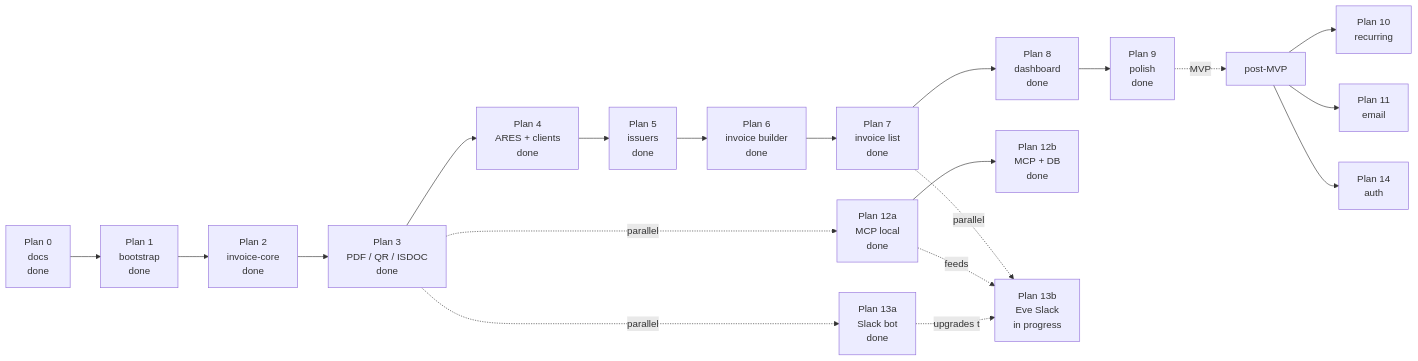
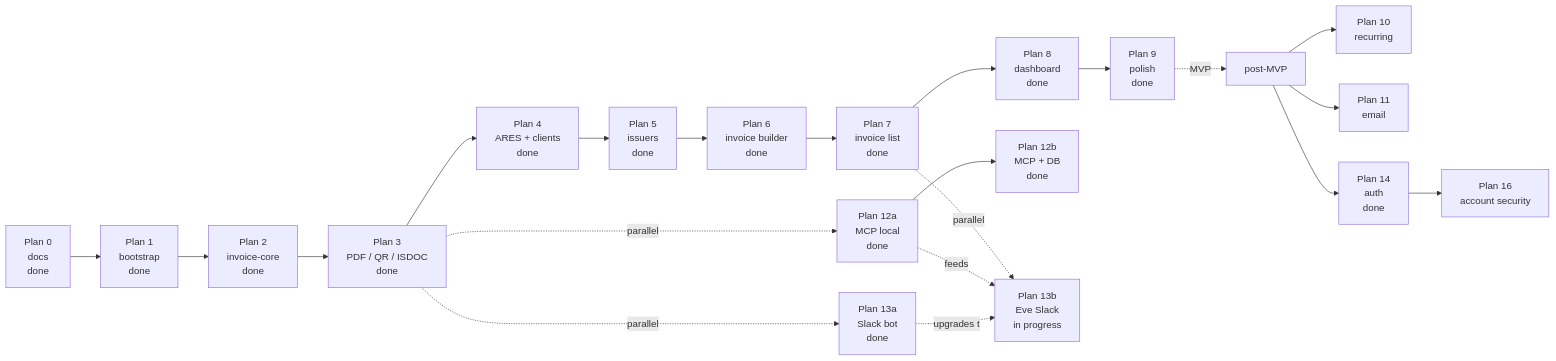
One commit to filipditrich/inveoiceyai changed the diagram in docs/roadmap.md. Above: the diagram before and after it, drawn with Mermaid. The commit also changed other lines of this file and 70 other files, not shown here.

First line of the commit message:
feat(web,db,emails,invoice-tools): add account security and PAT cutover

````diff
--- a/docs/roadmap.md
+++ b/docs/roadmap.md
@@ -7,22 +7,23 @@
 ```mermaid
 flowchart LR
     P0["Plan 0<br/>docs<br/>done"] --> P1["Plan 1<br/>bootstrap<br/>done"]
     P1 --> P2["Plan 2<br/>invoice-core<br/>done"]
     P2 --> P3["Plan 3<br/>PDF / QR / ISDOC<br/>done"]
     P3 --> P4["Plan 4<br/>ARES + clients<br/>done"]
     P4 --> P5["Plan 5<br/>issuers<br/>done"]
     P5 --> P6["Plan 6<br/>invoice builder<br/>done"]
     P6 --> P7["Plan 7<br/>invoice list<br/>done"]
     P7 --> P8["Plan 8<br/>dashboard<br/>done"]
     P8 --> P9["Plan 9<br/>polish<br/>done"]
     P3 -.parallel.-> P13a["Plan 13a<br/>Slack bot<br/>done"]
     P3 -.parallel.-> P12a["Plan 12a<br/>MCP local<br/>done"]
     P9 -.MVP.-> Post["post-MVP"]
     Post --> P10["Plan 10<br/>recurring"]
     Post --> P11["Plan 11<br/>email"]
     P12a --> P12b["Plan 12b<br/>MCP + DB<br/>done"]
     P7 -.parallel.-> P13b["Plan 13b<br/>Eve Slack<br/>in progress"]
-    Post --> P14["Plan 14<br/>auth"]
+    Post --> P14["Plan 14<br/>auth<br/>done"]
+    P14 --> P16["Plan 16<br/>account security"]
     P12a -.feeds.-> P13b
     P13a -.upgrades to.-> P13b
 ```
````
